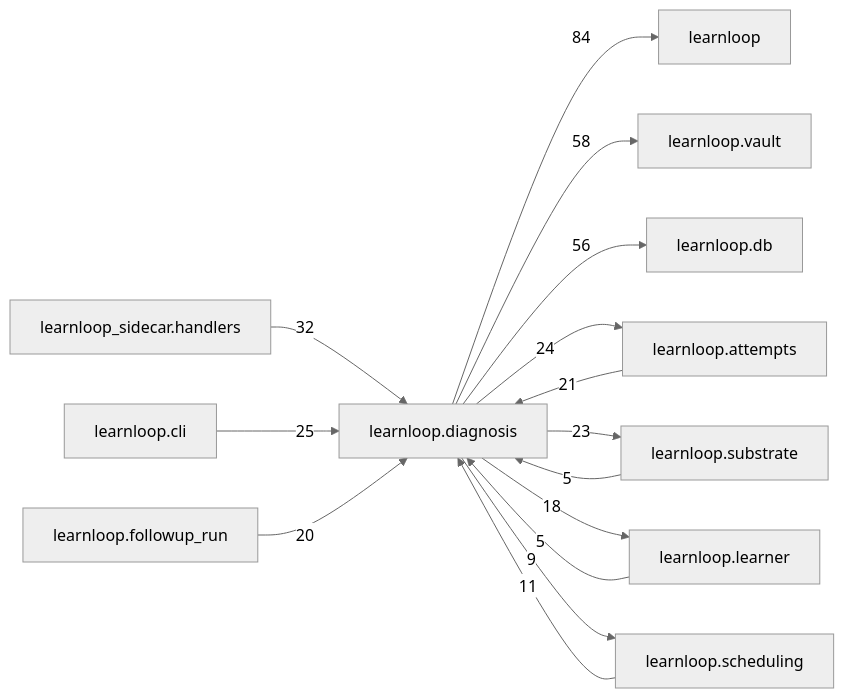
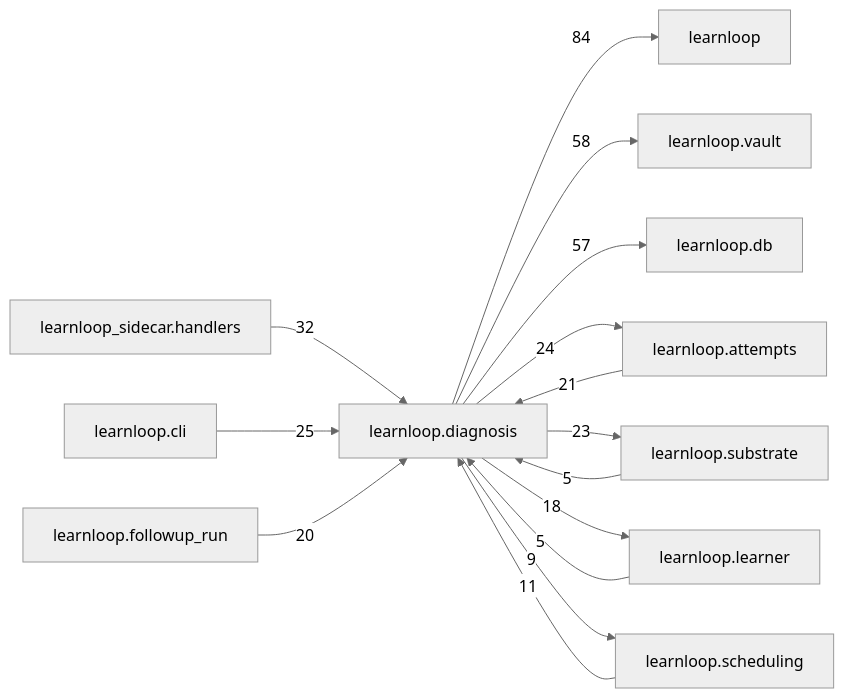
The diagram in docs/learnloop-architecture-vault/Reference/Modules/learnloop/diagnosis/_package.md (6up-b/learnanything), drawn with Mermaid (neutral theme) before and after one commit. The commit also changed other lines of this file and 258 other files, not shown here.

````diff
--- a/docs/learnloop-architecture-vault/Reference/Modules/learnloop/diagnosis/_package.md
+++ b/docs/learnloop-architecture-vault/Reference/Modules/learnloop/diagnosis/_package.md
@@ -254,28 +254,28 @@
 ```mermaid
 flowchart LR
     center["learnloop.diagnosis"]
     n_learnloop["learnloop"]
     n_learnloop_vault["learnloop.vault"]
     n_learnloop_db["learnloop.db"]
     n_learnloop_attempts["learnloop.attempts"]
     n_learnloop_sidecar_handlers["learnloop_sidecar.handlers"]
     n_learnloop_substrate["learnloop.substrate"]
     n_learnloop_cli["learnloop.cli"]
     n_learnloop_learner["learnloop.learner"]
     n_learnloop_followup_run["learnloop.followup_run"]
     n_learnloop_scheduling["learnloop.scheduling"]
     center -->|84| n_learnloop
     center -->|58| n_learnloop_vault
-    center -->|56| n_learnloop_db
+    center -->|57| n_learnloop_db
     n_learnloop_attempts -->|21| center
     center -->|24| n_learnloop_attempts
     n_learnloop_sidecar_handlers -->|32| center
     n_learnloop_substrate -->|5| center
     center -->|23| n_learnloop_substrate
     n_learnloop_cli -->|25| center
     n_learnloop_learner -->|5| center
     center -->|18| n_learnloop_learner
     n_learnloop_followup_run -->|20| center
     n_learnloop_scheduling -->|11| center
     center -->|9| n_learnloop_scheduling
 ```
````
